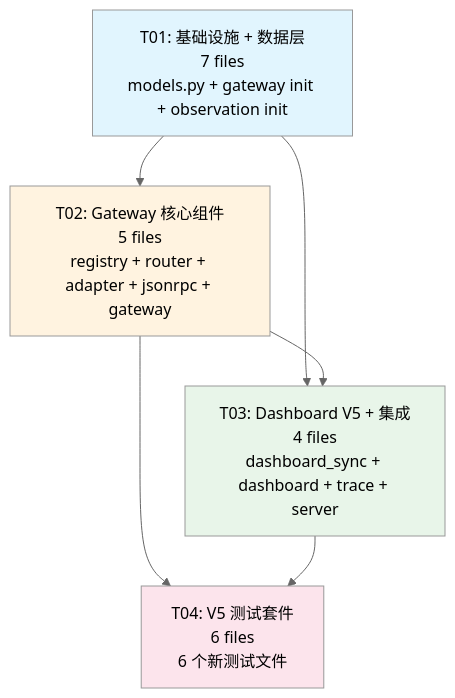
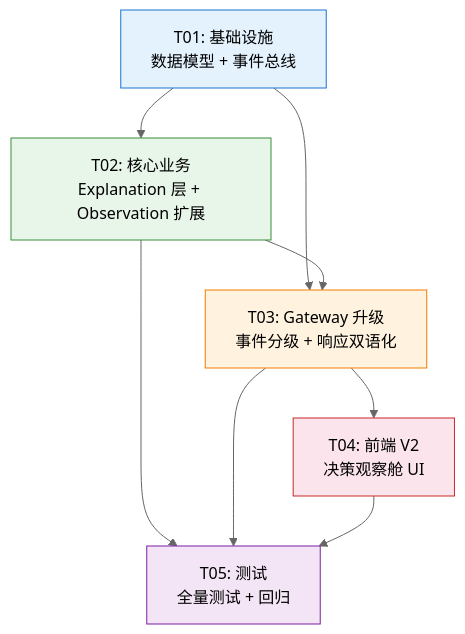
The sixth of 6 diagrams in docs/system_design.md (liuanye9-lab/OS-agent-slim), drawn with Mermaid (neutral theme) before and after one commit. The commit also changed other lines of this file and 23 other files, not shown here.

````diff
--- a/docs/system_design.md
+++ b/docs/system_design.md
@@ -416,18 +663,22 @@
 ```mermaid
 graph TD
-    T01["T01: 基础设施 + 数据层<br/>7 files<br/>models.py + gateway init + observation init"]
-    T02["T02: Gateway 核心组件<br/>5 files<br/>registry + router + adapter + jsonrpc + gateway"]
-    T03["T03: Dashboard V5 + 集成<br/>4 files<br/>dashboard_sync + dashboard + trace + server"]
-    T04["T04: V5 测试套件<br/>6 files<br/>6 个新测试文件"]
+    T01["T01: 基础设施<br/>数据模型 + 事件总线"]
+    T02["T02: 核心业务<br/>Explanation 层 + Observation 扩展"]
+    T03["T03: Gateway 升级<br/>事件分级 + 响应双语化"]
+    T04["T04: 前端 V2<br/>决策观察舱 UI"]
+    T05["T05: 测试<br/>全量测试 + 回归"]
 
     T01 --> T02
     T01 --> T03
     T02 --> T03
-    T02 --> T04
     T03 --> T04
+    T02 --> T05
+    T03 --> T05
+    T04 --> T05
 
-    style T01 fill:#e1f5fe
-    style T02 fill:#fff3e0
-    style T03 fill:#e8f5e9
-    style T04 fill:#fce4ec
+    style T01 fill:#e3f2fd,stroke:#1976d2
+    style T02 fill:#e8f5e9,stroke:#388e3c
+    style T03 fill:#fff3e0,stroke:#f57c00
+    style T04 fill:#fce4ec,stroke:#c62828
+    style T05 fill:#f3e5f5,stroke:#7b1fa2
 ```
````
